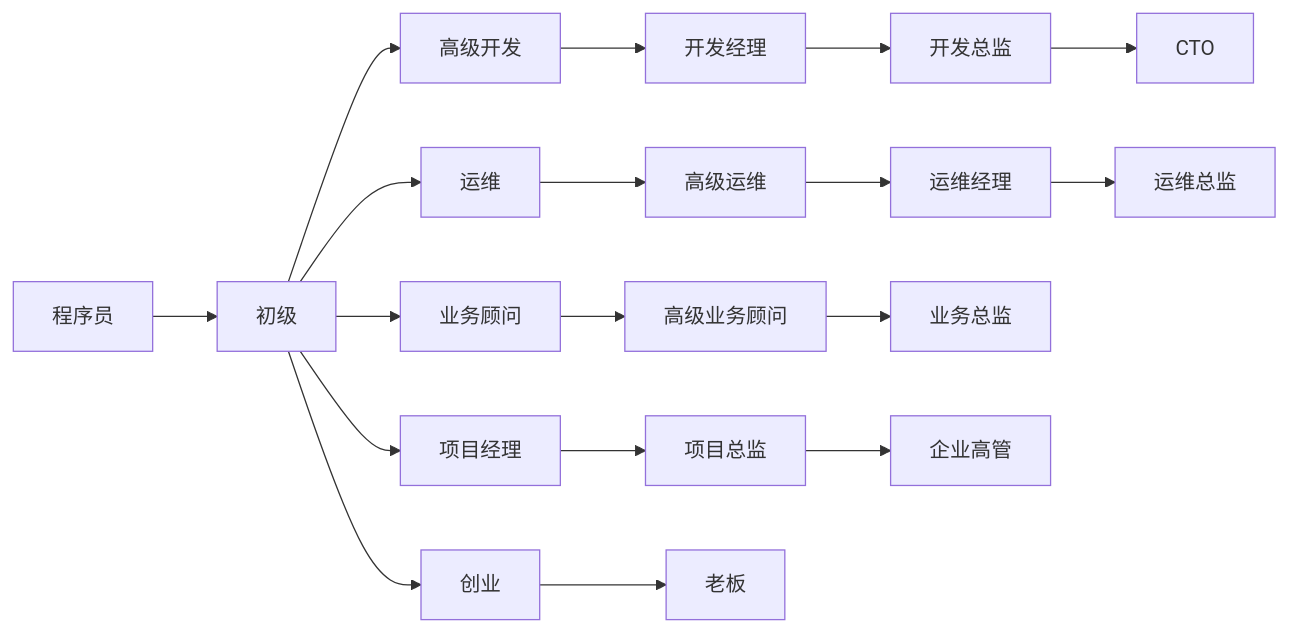
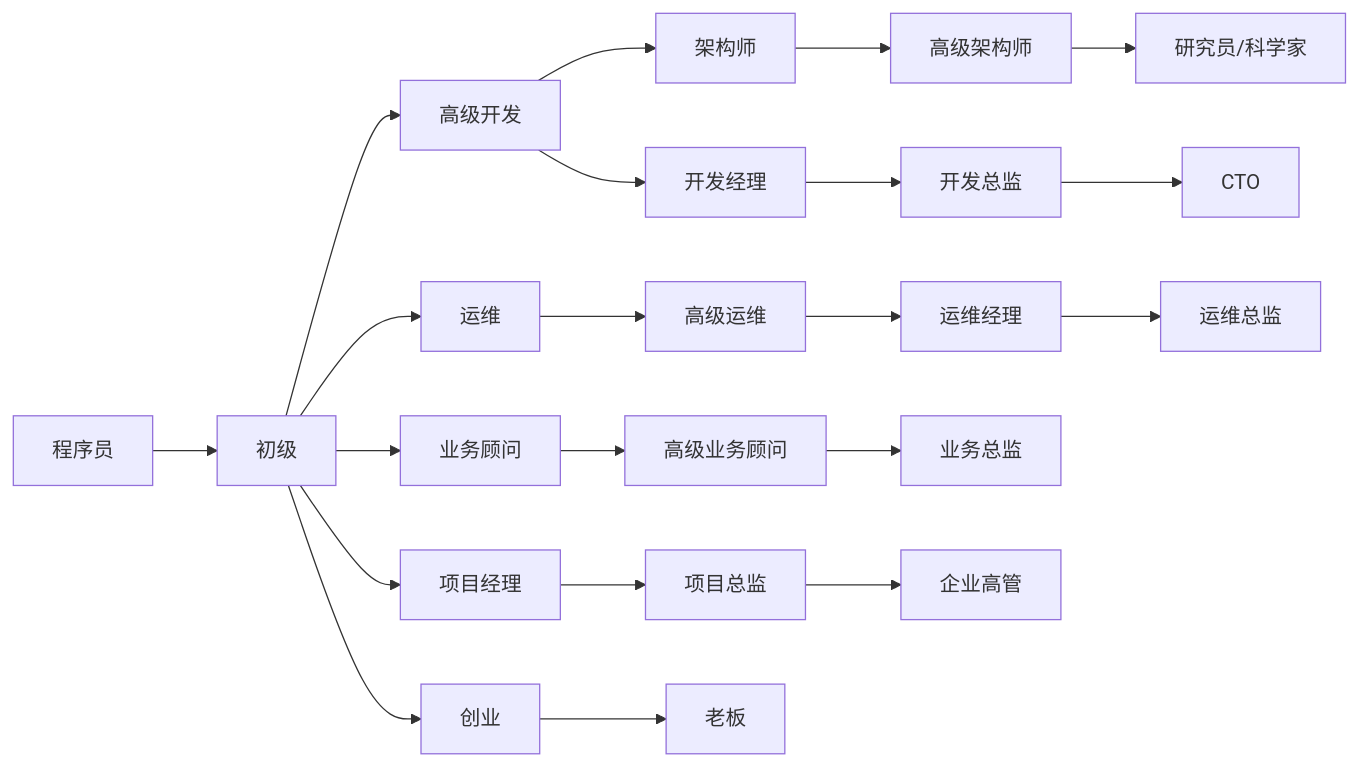
One commit to namelessmyth/beFreeCoder changed the first of 2 diagrams in README.md. Above: the diagram before and after it, drawn with Mermaid. The commit also changed other lines of this file, not shown here.

````diff
--- a/README.md
+++ b/README.md
@@ -40,10 +44,11 @@
 ```mermaid
 flowchart LR
 
 root[程序员]
-root-->dev[初级]-->高级开发-->开发经理-->开发总监-->CTO
+root-->dev[初级]-->sdev[高级开发]-->架构师-->高级架构师-->top["研究员/科学家"]
+sdev-->开发经理-->开发总监-->CTO
 dev-->运维-->高级运维-->运维经理-->运维总监
 dev-->业务顾问-->高级业务顾问-->业务总监
 dev-->项目经理-->项目总监-->企业高管
 dev-->创业-->老板
 ```
````
